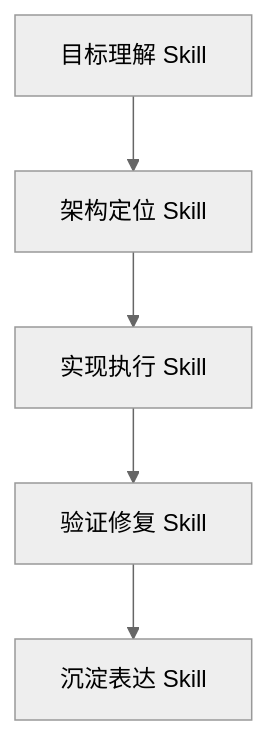
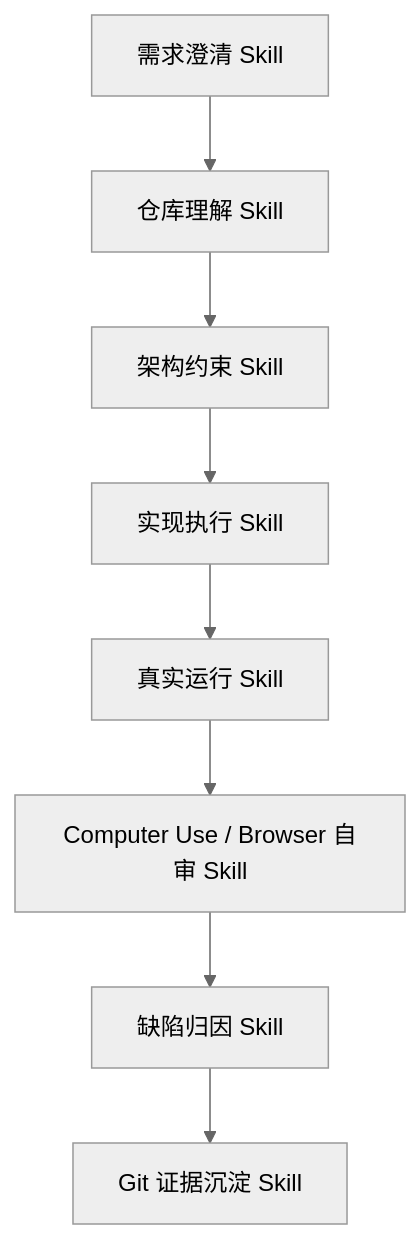
One commit to jiajiajiaxr/bottled-water changed the diagram in docs/ai-collaboration-record/04-skills-and-prompts.md. Above: the diagram before and after it, drawn with Mermaid (neutral theme). The commit also changed other lines of this file and 15 other files, not shown here.

````diff
--- a/docs/ai-collaboration-record/04-skills-and-prompts.md
+++ b/docs/ai-collaboration-record/04-skills-and-prompts.md
@@ -9,7 +34,10 @@
 ```mermaid
 flowchart TD
-  A["目标理解 Skill"] --> B["架构定位 Skill"]
-  B --> C["实现执行 Skill"]
-  C --> D["验证修复 Skill"]
-  D --> E["沉淀表达 Skill"]
+  A["需求澄清 Skill"] --> B["仓库理解 Skill"]
+  B --> C["架构约束 Skill"]
+  C --> D["实现执行 Skill"]
+  D --> E["真实运行 Skill"]
+  E --> F["Computer Use / Browser 自审 Skill"]
+  F --> G["缺陷归因 Skill"]
+  G --> H["Git 证据沉淀 Skill"]
 ```
````
